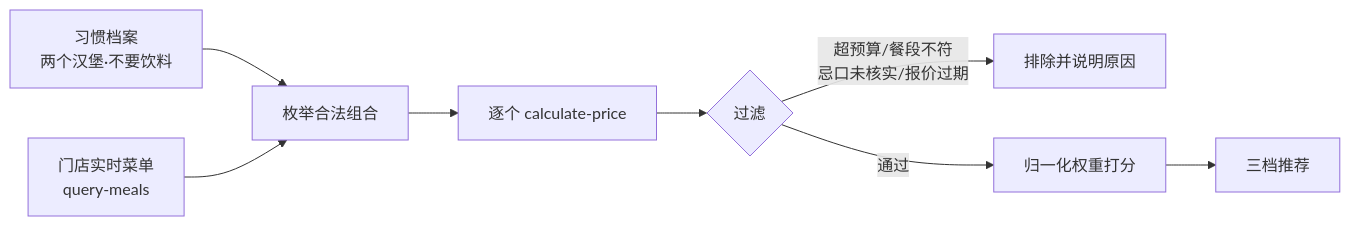
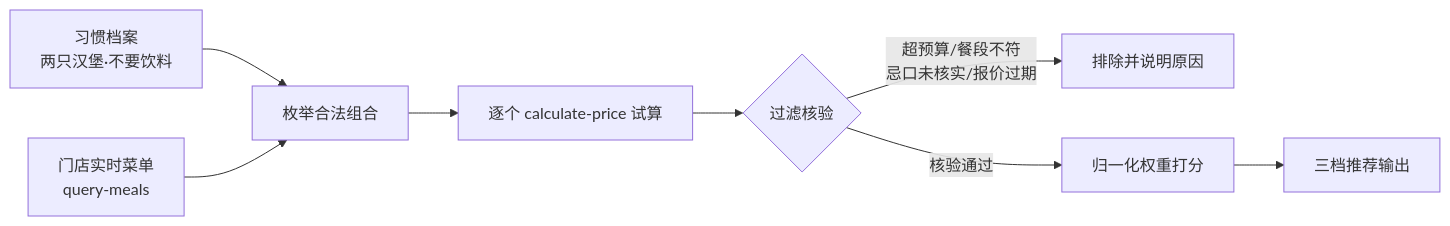
One commit to pha1aris/mai-habit changed the diagram in README.md. Above: the diagram before and after it, drawn with Mermaid. The commit also changed other lines of this file and 8 other files, not shown here.

First line of the commit message:
docs: 全面升级麦门语言体系与社交预览图

````diff
--- a/README.md
+++ b/README.md
@@ -87,10 +95,10 @@
 ```mermaid
 flowchart LR
-  P[习惯档案<br/>两个汉堡·不要饮料] --> E[枚举合法组合]
+  P[习惯档案<br/>两只汉堡·不要饮料] --> E[枚举合法组合]
   M[门店实时菜单<br/>query-meals] --> E
-  E --> Q[逐个 calculate-price]
-  Q --> F{过滤}
+  E --> Q[逐个 calculate-price 试算]
+  Q --> F{过滤核验}
   F -->|超预算/餐段不符<br/>忌口未核实/报价过期| X[排除并说明原因]
-  F -->|通过| S[归一化权重打分]
-  S --> R[三档推荐]
+  F -->|核验通过| S[归一化权重打分]
+  S --> R[三档推荐输出]
 ```
````
